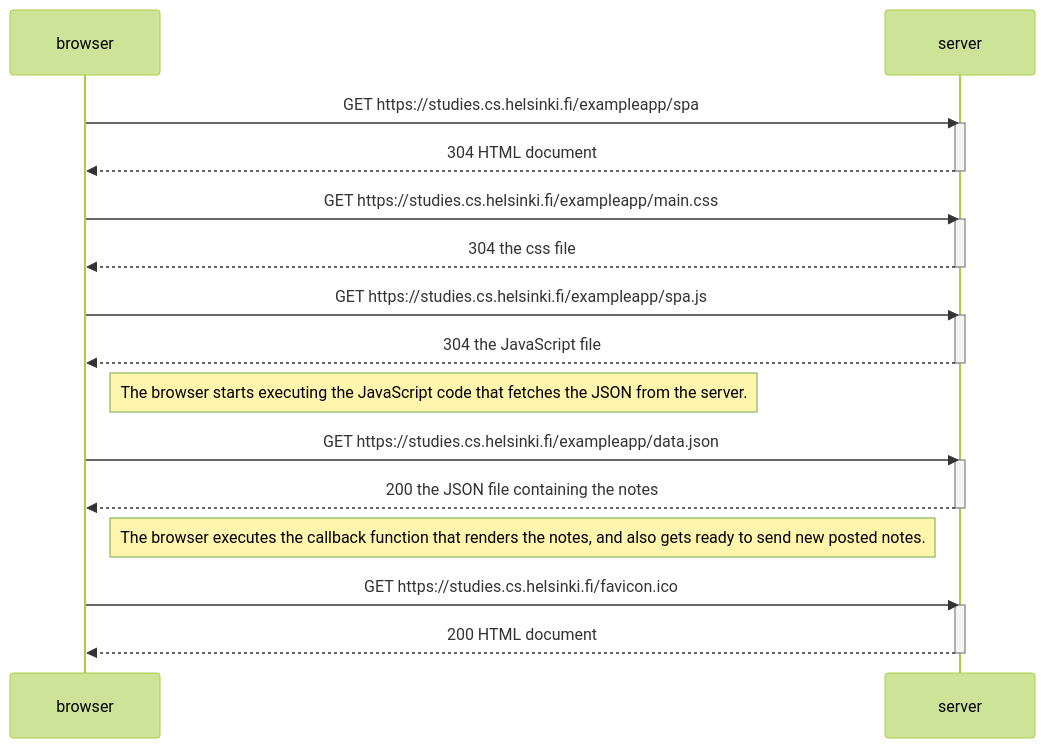
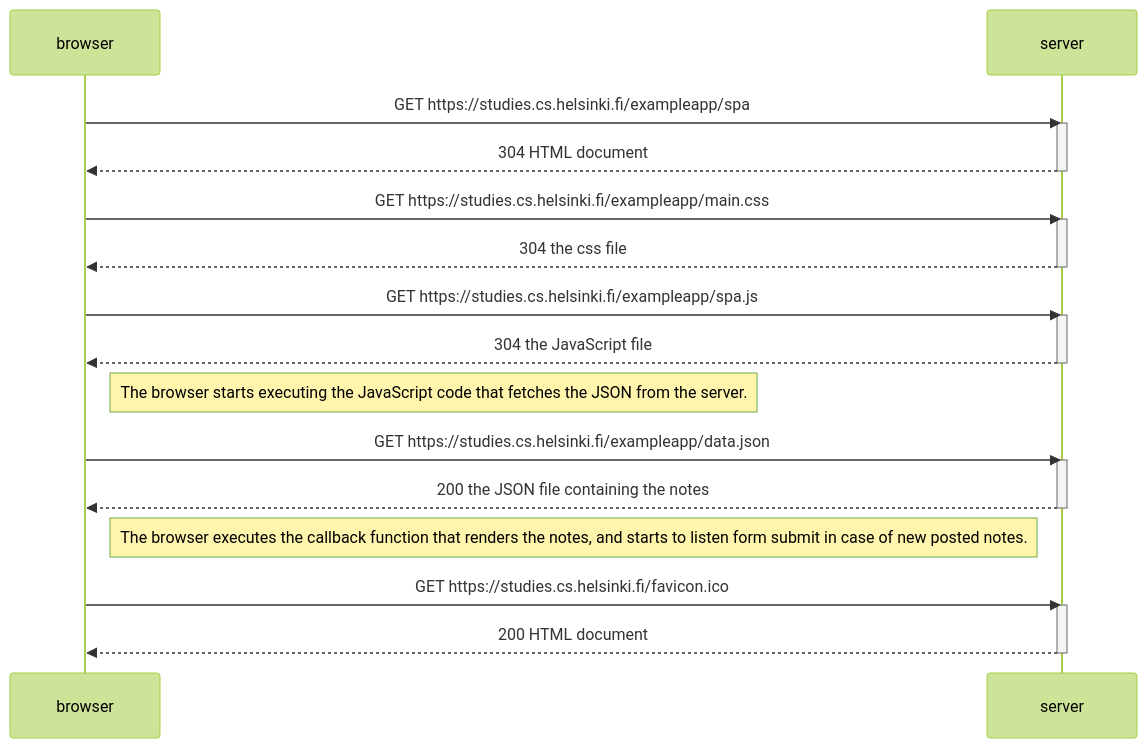
Before and after one commit to immosentomppa/fullstackopen: the diagram in part0/viewspadiagram.md, drawn with Mermaid (forest theme).

````diff
--- a/part0/viewspadiagram.md
+++ b/part0/viewspadiagram.md
@@ -1,34 +1,34 @@
 ```mermaid
 sequenceDiagram
     participant browser
     participant server
 
     browser->>server: GET https://studies.cs.helsinki.fi/exampleapp/spa
     activate server
     server-->>browser: 304 HTML document
     deactivate server
 
     browser->>server: GET https://studies.cs.helsinki.fi/exampleapp/main.css
     activate server
     server-->>browser: 304 the css file
     deactivate server
 
     browser->>server: GET https://studies.cs.helsinki.fi/exampleapp/spa.js
     activate server
     server-->>browser: 304 the JavaScript file
     deactivate server
 
     Note right of browser: The browser starts executing the JavaScript code that fetches the JSON from the server.
 
     browser->>server: GET https://studies.cs.helsinki.fi/exampleapp/data.json
     activate server
     server-->>browser: 200 the JSON file containing the notes
     deactivate server
 
-    Note right of browser: The browser executes the callback function that renders the notes, and also gets ready to send new posted notes.
+    Note right of browser: The browser executes the callback function that renders the notes, and starts to listen form submit in case of new posted notes.
     
     browser->>server: GET https://studies.cs.helsinki.fi/favicon.ico
     activate server
     server-->>browser: 200 HTML document
     deactivate server
 ```    
````
